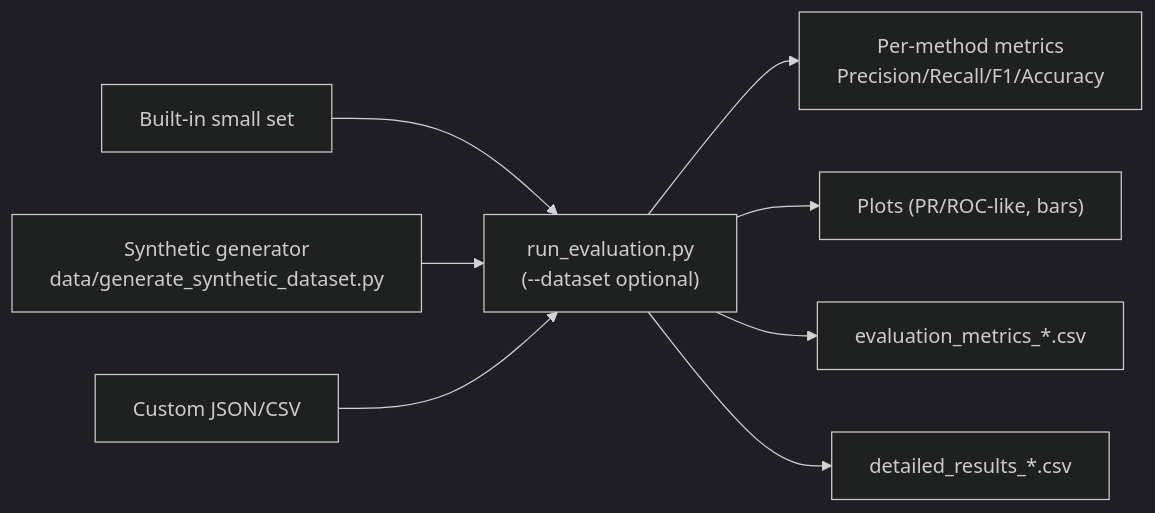
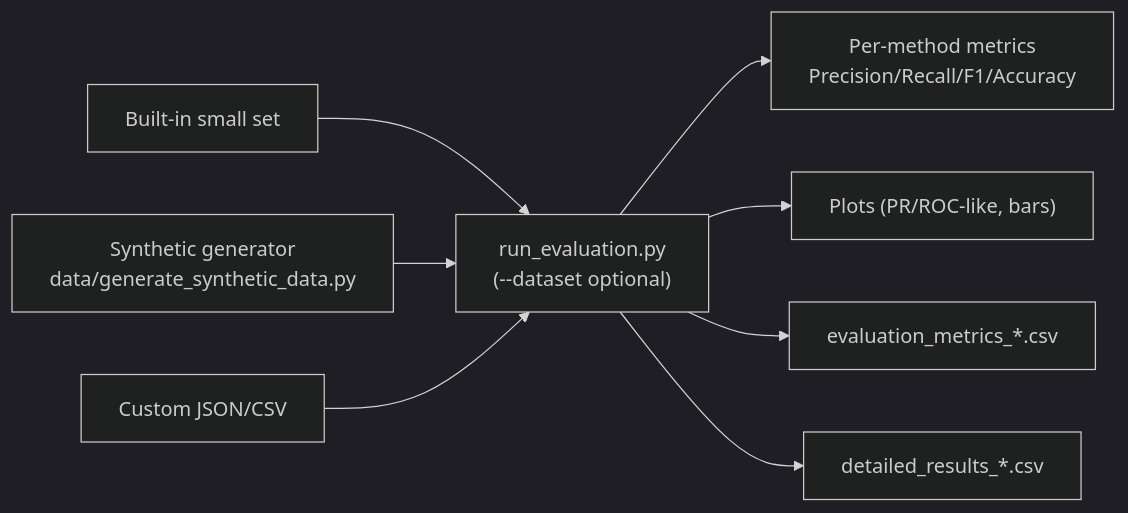
One commit to TakudzwaChoto/zkp-snarks changed the third of 5 diagrams in README.md. Above: the diagram before and after it, drawn with Mermaid (dark theme). The commit also changed other lines of this file and 1 other file, not shown here.

Commit message:
Rename generate_synthetic_dataset.py to generate_synthetic_data.py

````diff
--- a/README.md
+++ b/README.md
@@ -124,13 +124,13 @@
 ```mermaid
 flowchart LR
     DS1[Built-in small set]
-    DS2["Synthetic generator\ndata/generate_synthetic_dataset.py"]
+    DS2["Synthetic generator\ndata/generate_synthetic_data.py"]
     DS3[Custom JSON/CSV]
     
     DS1 & DS2 & DS3 --> RUN["run_evaluation.py\n(--dataset optional)"]
     
     RUN --> CALC["Per-method metrics\nPrecision/Recall/F1/Accuracy"]
     RUN --> VIZ["Plots (PR/ROC-like, bars)"]
     RUN --> CSV1["evaluation_metrics_*.csv"]
     RUN --> CSV2["detailed_results_*.csv"]
 ```
````
